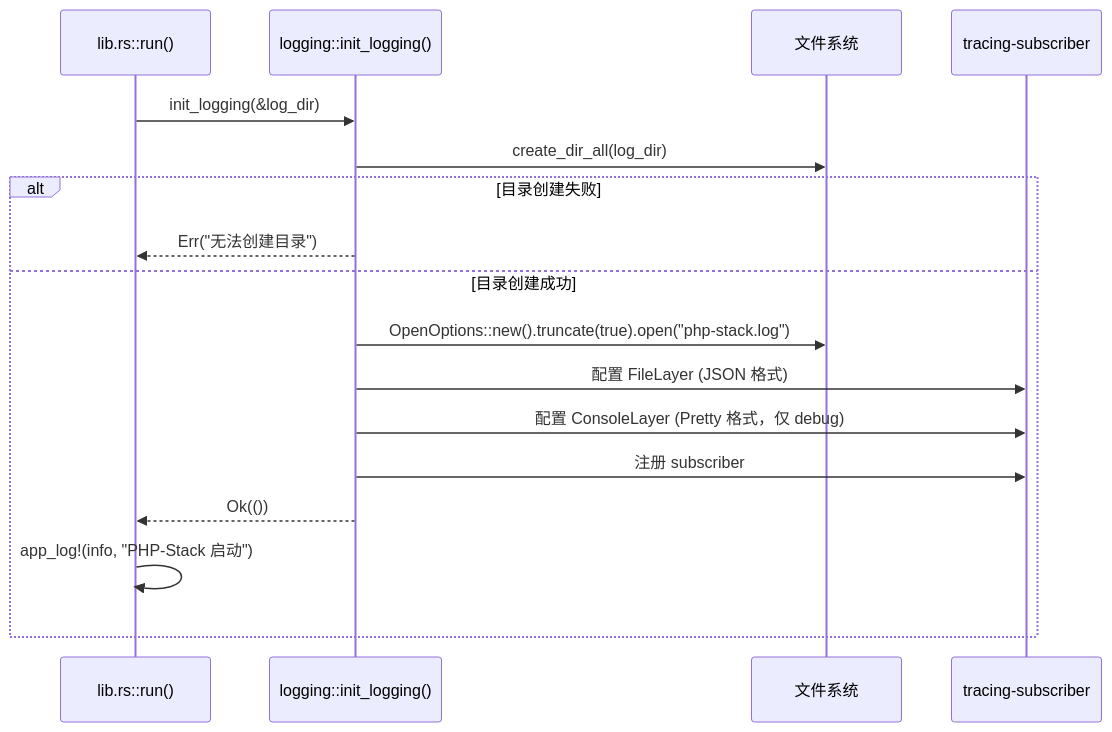
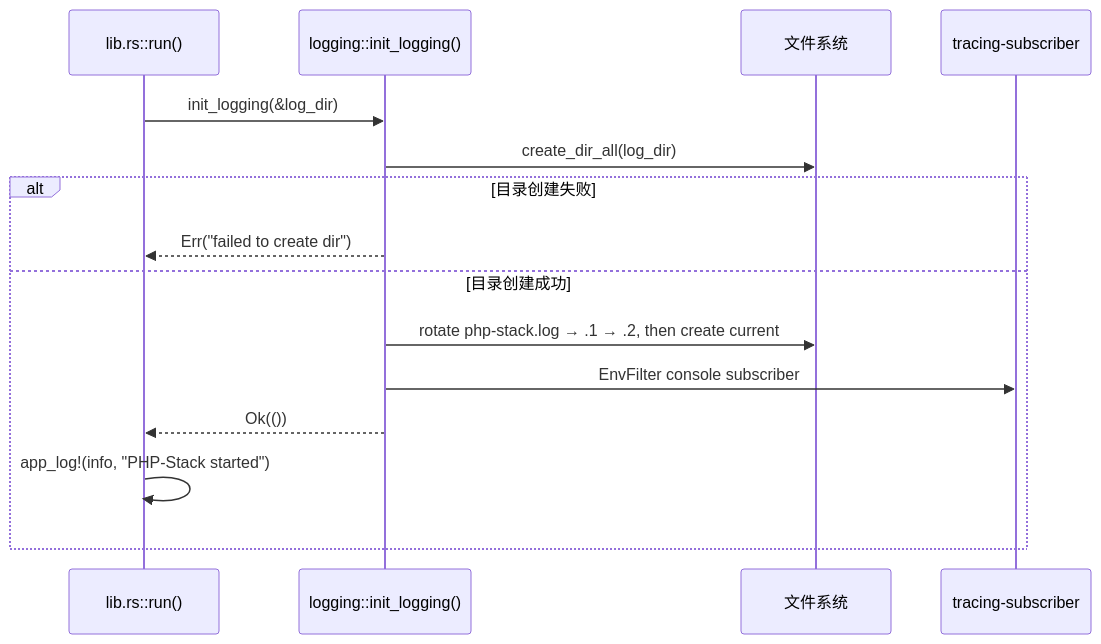
Before and after one commit to jeeinn/php-stack: the first of 3 diagrams in docs/architecture/LOGGING.md, drawn with Mermaid. The commit also changed other lines of this file and 36 other files, not shown here.

````diff
--- a/docs/architecture/LOGGING.md
+++ b/docs/architecture/LOGGING.md
@@ -29,20 +29,18 @@
 ```mermaid
 sequenceDiagram
     participant MAIN as lib.rs::run()
     participant LOG as logging::init_logging()
     participant FS as 文件系统
     participant TRACING as tracing-subscriber
 
     MAIN->>LOG: init_logging(&log_dir)
     LOG->>FS: create_dir_all(log_dir)
     alt 目录创建失败
-        LOG-->>MAIN: Err("无法创建目录")
+        LOG-->>MAIN: Err("failed to create dir")
     else 目录创建成功
-        LOG->>FS: OpenOptions::new().truncate(true).open("php-stack.log")
-        LOG->>TRACING: 配置 FileLayer (JSON 格式)
-        LOG->>TRACING: 配置 ConsoleLayer (Pretty 格式，仅 debug)
-        LOG->>TRACING: 注册 subscriber
+        LOG->>FS: rotate php-stack.log → .1 → .2, then create current
+        LOG->>TRACING: EnvFilter console subscriber
         LOG-->>MAIN: Ok(())
-        MAIN->>MAIN: app_log!(info, "PHP-Stack 启动")
+        MAIN->>MAIN: app_log!(info, "PHP-Stack started")
     end
 ```
````
